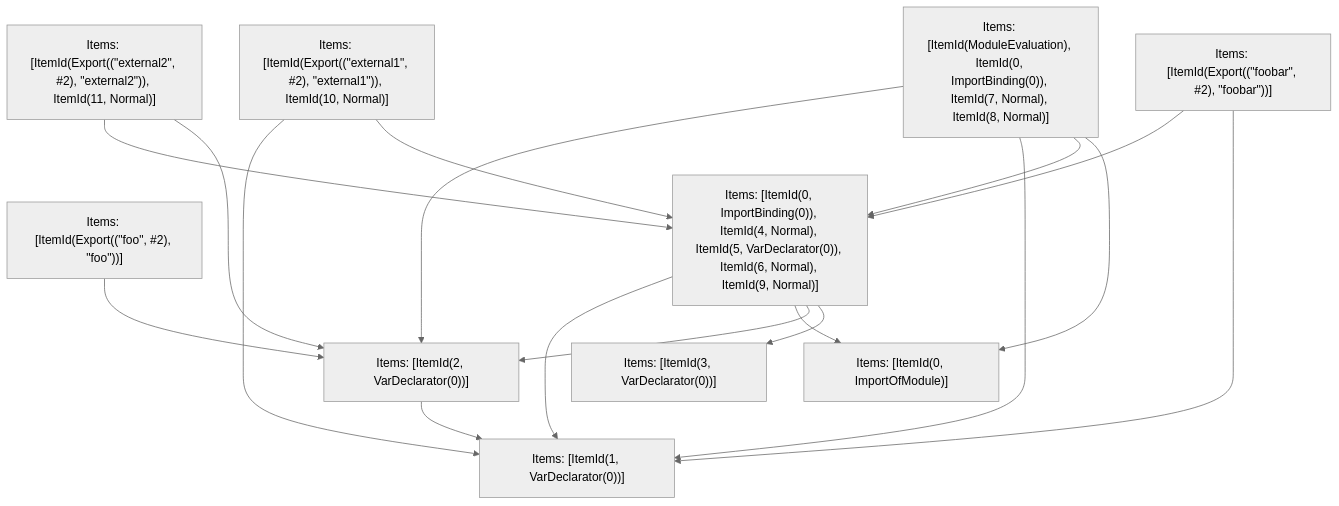
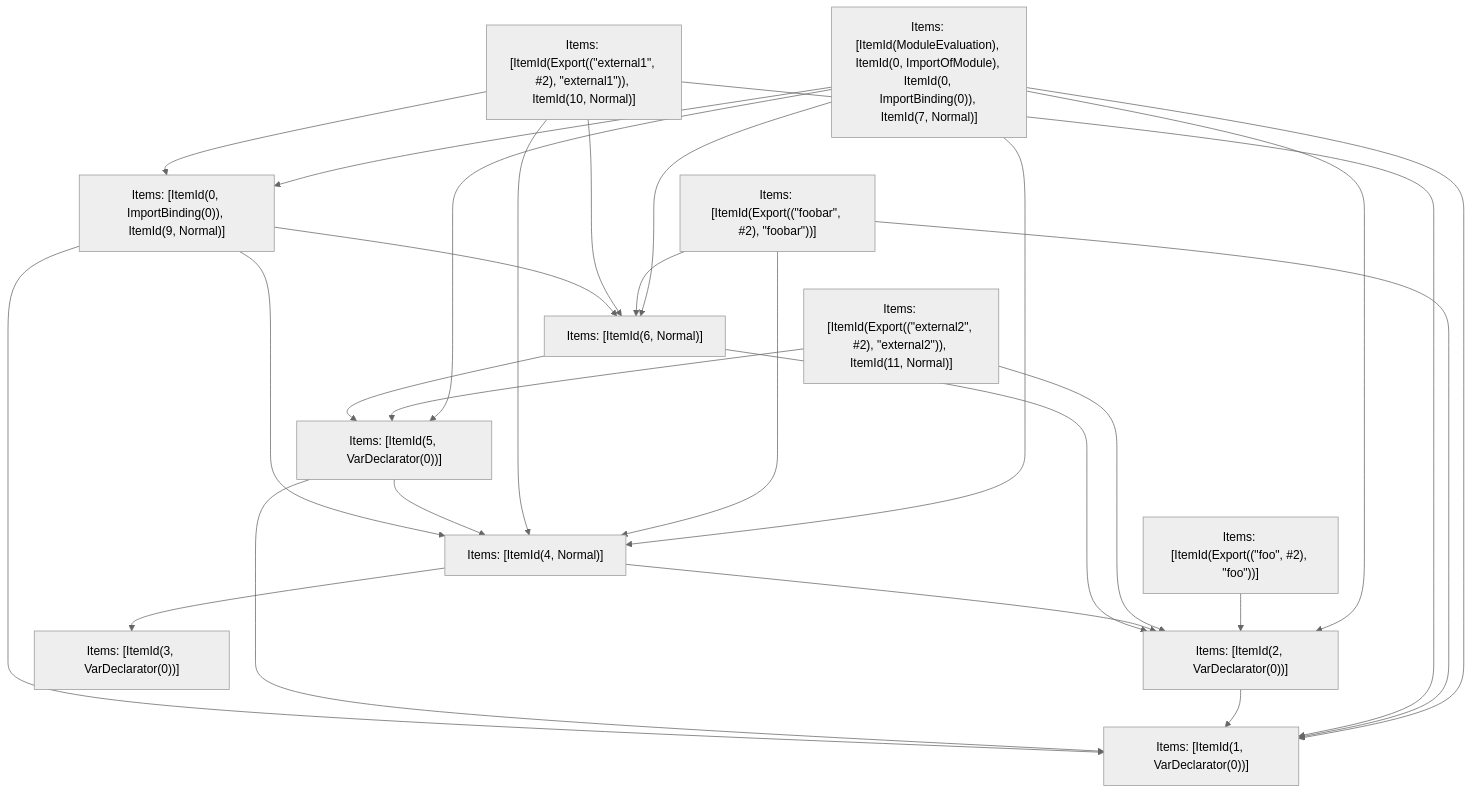
Before and after one commit to vercel/turborepo: the fifth of 5 diagrams in crates/turbopack-ecmascript/tests/tree-shaker/analyzer/1/output.md, drawn with Mermaid (neutral theme). The commit also changed other lines of this file and 12 other files, not shown here.

````diff
--- a/crates/turbopack-ecmascript/tests/tree-shaker/analyzer/1/output.md
+++ b/crates/turbopack-ecmascript/tests/tree-shaker/analyzer/1/output.md
@@ -384,29 +332,41 @@
 ```mermaid
 graph TD
-    N0["Items: [ItemId(ModuleEvaluation), ItemId(0, ImportBinding(0)), ItemId(7, Normal), ItemId(8, Normal)]"];
+    N0["Items: [ItemId(ModuleEvaluation), ItemId(0, ImportOfModule), ItemId(0, ImportBinding(0)), ItemId(7, Normal)]"];
     N1["Items: [ItemId(Export((&quot;foobar&quot;, #2), &quot;foobar&quot;))]"];
     N2["Items: [ItemId(Export((&quot;foo&quot;, #2), &quot;foo&quot;))]"];
     N3["Items: [ItemId(Export((&quot;external1&quot;, #2), &quot;external1&quot;)), ItemId(10, Normal)]"];
     N4["Items: [ItemId(Export((&quot;external2&quot;, #2), &quot;external2&quot;)), ItemId(11, Normal)]"];
-    N5["Items: [ItemId(0, ImportBinding(0)), ItemId(4, Normal), ItemId(5, VarDeclarator(0)), ItemId(6, Normal), ItemId(9, Normal)]"];
-    N6["Items: [ItemId(0, ImportOfModule)]"];
-    N7["Items: [ItemId(1, VarDeclarator(0))]"];
-    N8["Items: [ItemId(2, VarDeclarator(0))]"];
-    N9["Items: [ItemId(3, VarDeclarator(0))]"];
+    N5["Items: [ItemId(1, VarDeclarator(0))]"];
+    N6["Items: [ItemId(2, VarDeclarator(0))]"];
+    N7["Items: [ItemId(3, VarDeclarator(0))]"];
+    N8["Items: [ItemId(4, Normal)]"];
+    N9["Items: [ItemId(5, VarDeclarator(0))]"];
+    N10["Items: [ItemId(6, Normal)]"];
+    N11["Items: [ItemId(0, ImportBinding(0)), ItemId(9, Normal)]"];
+    N0 --> N9;
+    N0 --> N11;
+    N0 --> N5;
+    N0 --> N8;
+    N0 --> N10;
     N0 --> N6;
-    N0 --> N5;
-    N0 --> N7;
-    N0 --> N8;
-    N1 --> N7;
     N1 --> N5;
-    N2 --> N8;
+    N1 --> N8;
+    N1 --> N10;
+    N2 --> N6;
+    N3 --> N11;
     N3 --> N5;
-    N3 --> N7;
-    N4 --> N8;
-    N4 --> N5;
-    N5 --> N9;
-    N5 --> N8;
-    N5 --> N6;
-    N5 --> N7;
+    N3 --> N8;
+    N3 --> N10;
+    N4 --> N6;
+    N4 --> N9;
+    N6 --> N5;
     N8 --> N7;
+    N8 --> N6;
+    N9 --> N5;
+    N9 --> N8;
+    N10 --> N6;
+    N10 --> N9;
+    N11 --> N5;
+    N11 --> N8;
+    N11 --> N10;
 ```
````
